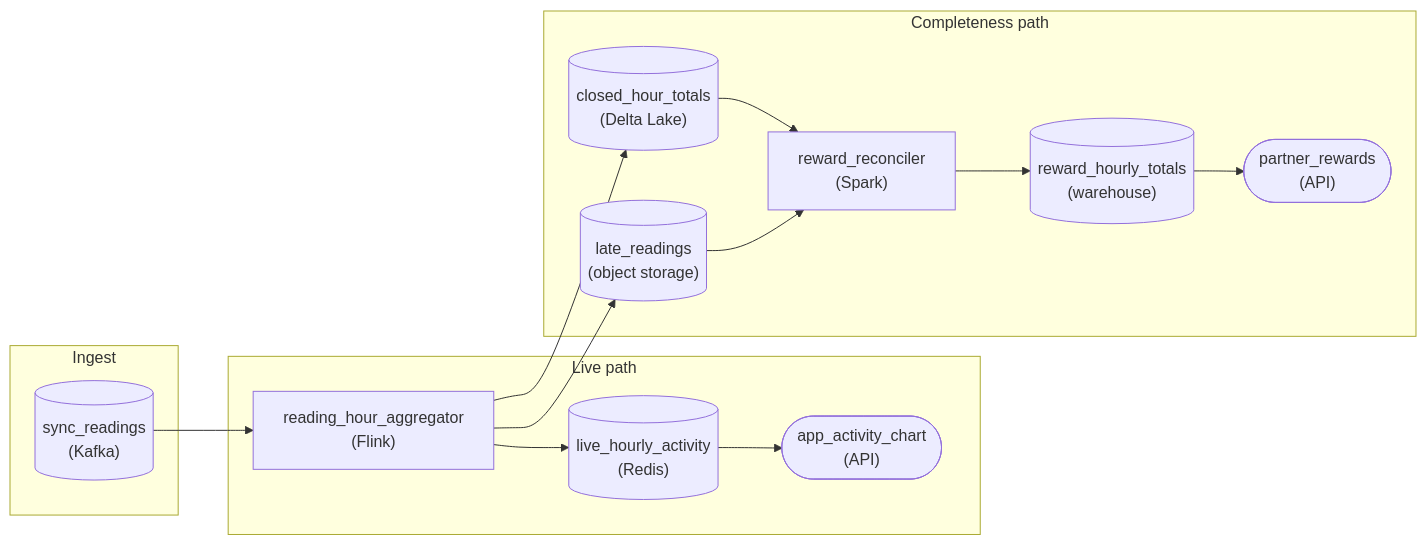
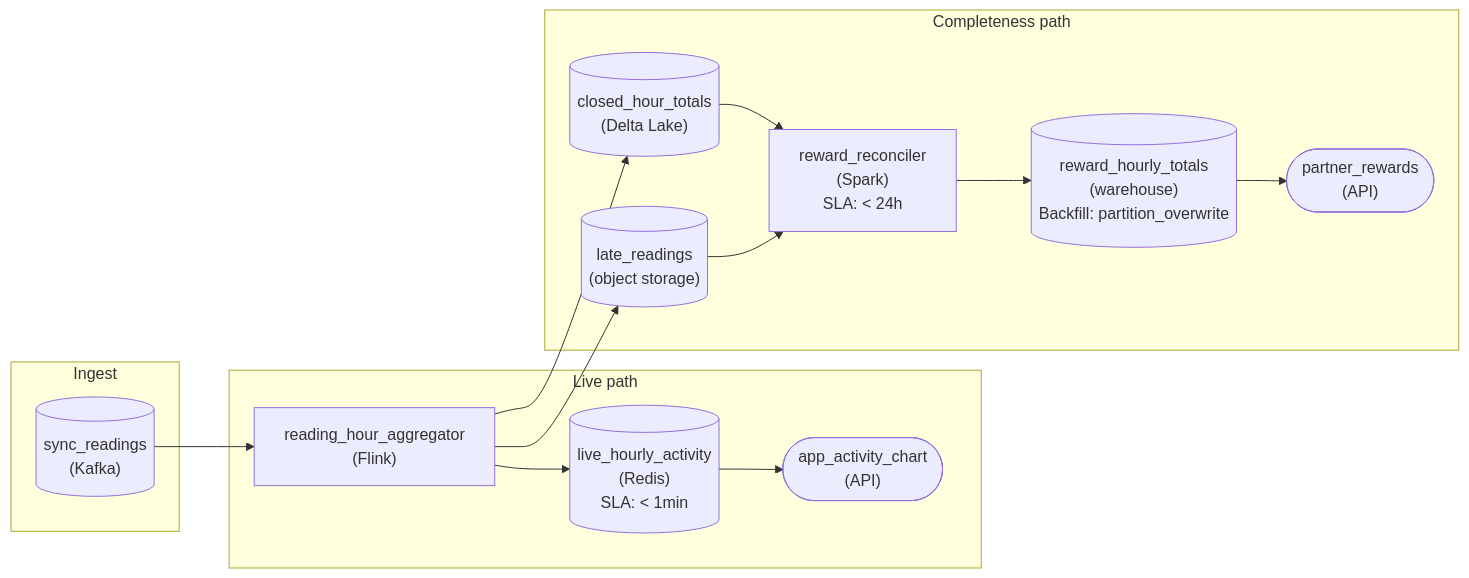
Before and after one commit to Dulain-Willis/study-helper: the first of 2 diagrams in lesson_preview/interview/architecture/pa_pattern_late_data_watermarks.md, drawn with Mermaid. The commit also changed other lines of this file and 26 other files, not shown here.

First line of the commit message:
Mermaid diagrams: show tags and extra values inside each node (#43)

````diff
--- a/lesson_preview/interview/architecture/pa_pattern_late_data_watermarks.md
+++ b/lesson_preview/interview/architecture/pa_pattern_late_data_watermarks.md
@@ -425,27 +425,27 @@
 ```mermaid
 flowchart LR
     subgraph L0["Ingest"]
         n0[("sync_readings<br/>(Kafka)")]
     end
     subgraph L1["Live path"]
         n1["reading_hour_aggregator<br/>(Flink)"]
-        n2[("live_hourly_activity<br/>(Redis)")]
+        n2[("live_hourly_activity<br/>(Redis)<br/>SLA: #60; 1min")]
         n3(["app_activity_chart<br/>(API)"])
     end
     subgraph L2["Completeness path"]
         n4[("closed_hour_totals<br/>(Delta Lake)")]
         n5[("late_readings<br/>(object storage)")]
-        n6["reward_reconciler<br/>(Spark)"]
-        n7[("reward_hourly_totals<br/>(warehouse)")]
+        n6["reward_reconciler<br/>(Spark)<br/>SLA: #60; 24h"]
+        n7[("reward_hourly_totals<br/>(warehouse)<br/>Backfill: partition_overwrite")]
         n8(["partner_rewards<br/>(API)"])
     end
     n0 --> n1
     n1 --> n2
     n2 --> n3
     n1 --> n4
     n1 --> n5
     n4 --> n6
     n5 --> n6
     n6 --> n7
     n7 --> n8
 ```
````
